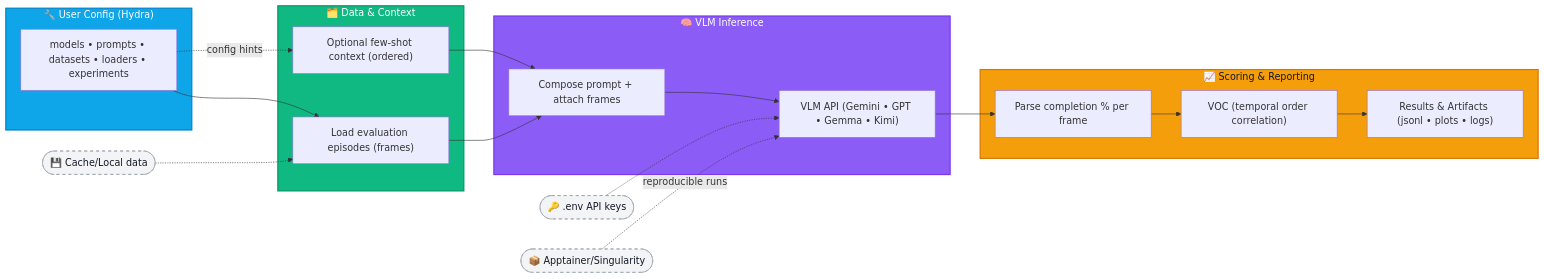
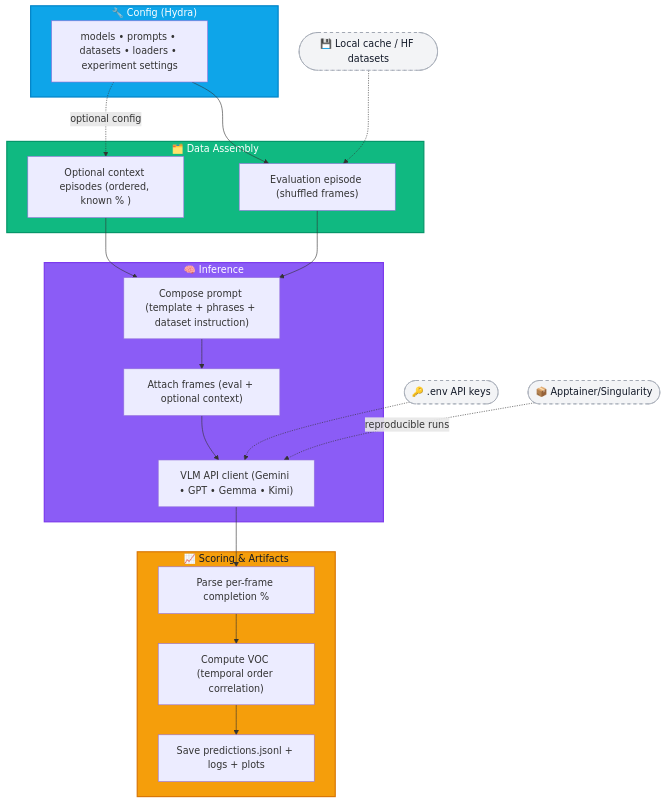
Before and after one commit to budzianowski/opengvl: the diagram in README2.md, drawn with Mermaid. The commit also changed other lines of this file, not shown here.

````diff
--- a/README2.md
+++ b/README2.md
@@ -90,49 +83,43 @@
 ```mermaid
-flowchart LR
-  %% High-level, fancy overview of the OpenGVL pipeline
+flowchart TB
+  %% High-level overview of the OpenGVL pipeline (top-down for readability)
 
-  %% Stages
-  subgraph S0["🔧 User Config (Hydra)"]
-    C1["models • prompts • datasets • loaders • experiments"]
+  subgraph S0["🔧 Config (Hydra)"]
+    C1["models • prompts • datasets • loaders • experiment settings"]
   end
 
-  subgraph S1["🗂️ Data & Context"]
-    D1["Load evaluation episodes (frames)"]
-    D2["Optional few-shot context (ordered)"]
+  subgraph S1["🗂️ Data Assembly"]
+    D1["Evaluation episode (shuffled frames)"]
+    D2["Optional context episodes (ordered, known % )"]
   end
 
-  subgraph S2["🧠 VLM Inference"]
-    I1["Compose prompt + attach frames"]
-    I2["VLM API (Gemini • GPT • Gemma • Kimi)"]
+  subgraph S2["🧠 Inference"]
+    I1["Compose prompt (template + phrases + dataset instruction)"]
+    I2["Attach frames (eval + optional context)"]
+    I3["VLM API client (Gemini • GPT • Gemma • Kimi)"]
   end
 
-  subgraph S3["📈 Scoring & Reporting"]
-    E1["Parse completion % per frame"]
-    E2["VOC (temporal order correlation)"]
-    E3["Results & Artifacts (jsonl • plots • logs)"]
+  subgraph S3["📈 Scoring & Artifacts"]
+    E1["Parse per-frame completion %"]
+    E2["Compute VOC (temporal order correlation)"]
+    E3["Save predictions.jsonl + logs + plots"]
   end
 
-  %% Flow
   C1 --> D1
-  C1 -. config hints .-> D2
+  C1 -. optional config .-> D2
   D1 --> I1
   D2 --> I1
-  I1 --> I2
-  I2 --> E1
-  E1 --> E2
-  E2 --> E3
+  I1 --> I2 --> I3 --> E1 --> E2 --> E3
 
-  %% Optional/Infra
-  K1([🔑 .env API keys]) -.-> I2
-  K2([📦 Apptainer/Singularity]) -. reproducible runs .-> I2
-  K3([💾 Cache/Local data]) -.-> D1
+  K1([🔑 .env API keys]) -.-> I3
+  K2([📦 Apptainer/Singularity]) -. reproducible runs .-> I3
+  K3([💾 Local cache / HF datasets]) -.-> D1
 
-  %% Styles
-  style S0 fill:#0ea5e9,stroke:#0284c7,stroke-width:2px,color:#ffffff
-  style S1 fill:#10b981,stroke:#059669,stroke-width:2px,color:#ffffff
-  style S2 fill:#8b5cf6,stroke:#7c3aed,stroke-width:2px,color:#ffffff
-  style S3 fill:#f59e0b,stroke:#d97706,stroke-width:2px,color:#111827
+  style S0 fill:#0ea5e9,stroke:#0284c7,color:#fff,stroke-width:2px
+  style S1 fill:#10b981,stroke:#059669,color:#fff,stroke-width:2px
+  style S2 fill:#8b5cf6,stroke:#7c3aed,color:#fff,stroke-width:2px
+  style S3 fill:#f59e0b,stroke:#d97706,color:#111827,stroke-width:2px
 
-  classDef optional fill:#f3f4f6,stroke:#9ca3af,stroke-dasharray: 5 5,color:#111827
+  classDef optional fill:#f3f4f6,stroke:#9ca3af,color:#111827,stroke-dasharray: 5 5
   class K1,K2,K3 optional
 ```
````
